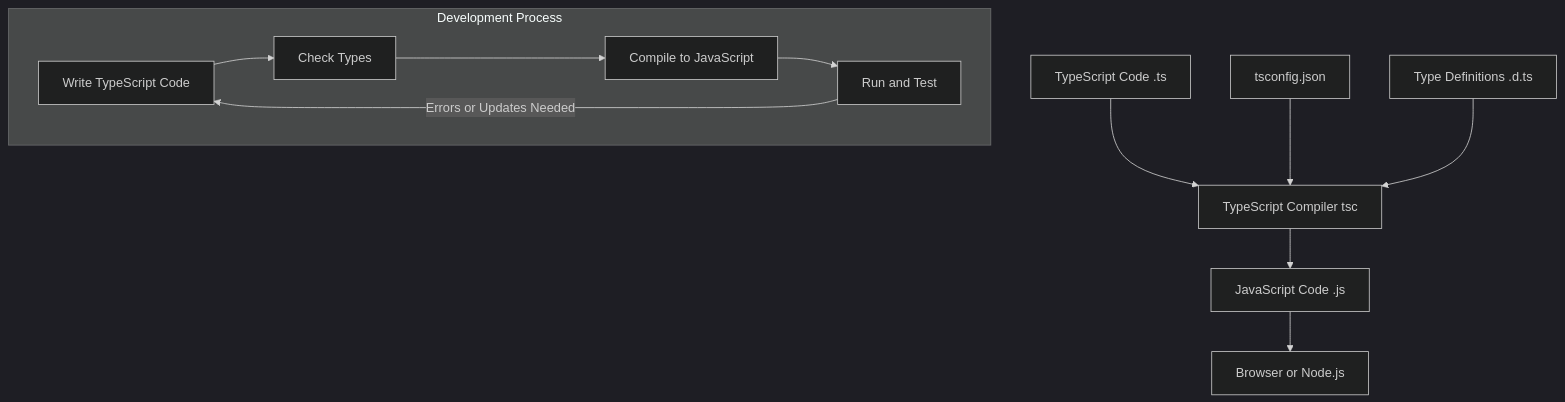
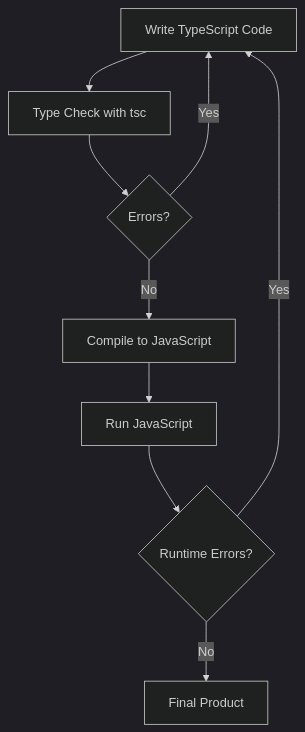
One commit to wahidyankf/oss changed the second of 2 diagrams in apps-standalone/ayokoding-web/content/en/learn/crash-courses/swe/lang/typescript/basics.md. Above: the diagram before and after it, drawn with Mermaid (dark theme). The commit also changed other lines of this file and 40 other files, not shown here.

````diff
--- a/apps-standalone/ayokoding-web/content/en/learn/crash-courses/swe/lang/typescript/basics.md
+++ b/apps-standalone/ayokoding-web/content/en/learn/crash-courses/swe/lang/typescript/basics.md
@@ -473,16 +686,11 @@
 ```mermaid
-flowchart TD
-    A[TypeScript Code .ts] --> B[TypeScript Compiler tsc]
-    B --> C[JavaScript Code .js]
-    C --> D[Browser or Node.js]
-
-    E[tsconfig.json] --> B
-    F[Type Definitions .d.ts] --> B
-
-    subgraph "Development Process"
-    G[Write TypeScript Code] --> H[Check Types]
-    H --> I[Compile to JavaScript]
-    I --> J[Run and Test]
-    J -- "Errors or Updates Needed" --> G
-    end
+flowchart TB
+    A[Write TypeScript Code] --> B[Type Check with tsc]
+    B --> C{Errors?}
+    C -- Yes --> A
+    C -- No --> D[Compile to JavaScript]
+    D --> E[Run JavaScript]
+    E --> F{Runtime Errors?}
+    F -- Yes --> A
+    F -- No --> G[Final Product]
 ```
````
